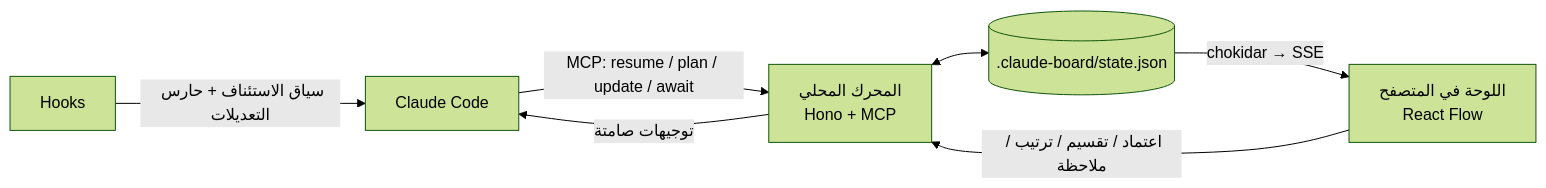
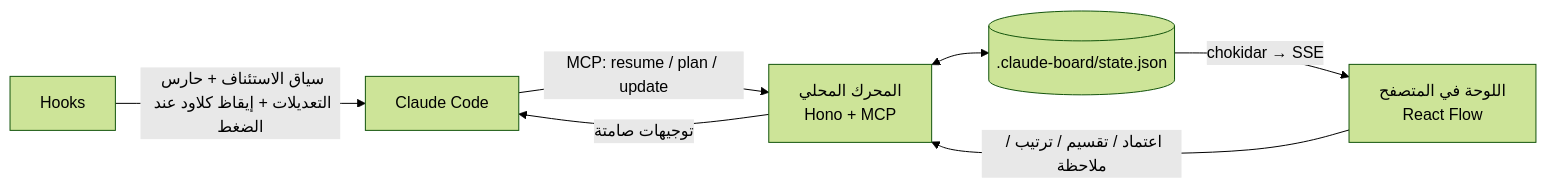
The diagram in README.md (AKH3/CLAUDE_FUN), drawn with Mermaid (forest theme) before and after one commit. The commit also changed other lines of this file and 66 other files, not shown here.

````diff
--- a/README.md
+++ b/README.md
@@ -22,9 +22,9 @@
 ```mermaid
 flowchart LR
-  C[Claude Code] -- "MCP: resume / plan / update / await" --> E[المحرك المحلي<br/>Hono + MCP]
+  C[Claude Code] -- "MCP: resume / plan / update" --> E[المحرك المحلي<br/>Hono + MCP]
   E <--> S[(.claude-board/state.json)]
   S -- "chokidar → SSE" --> B[اللوحة في المتصفح<br/>React Flow]
   B -- "اعتماد / تقسيم / ترتيب / ملاحظة" --> E
   E -- "توجيهات صامتة" --> C
-  H[Hooks] -- "سياق الاستئناف + حارس التعديلات" --> C
+  H[Hooks] -- "سياق الاستئناف + حارس التعديلات + إيقاظ كلاود عند الضغط" --> C
 ```
````
